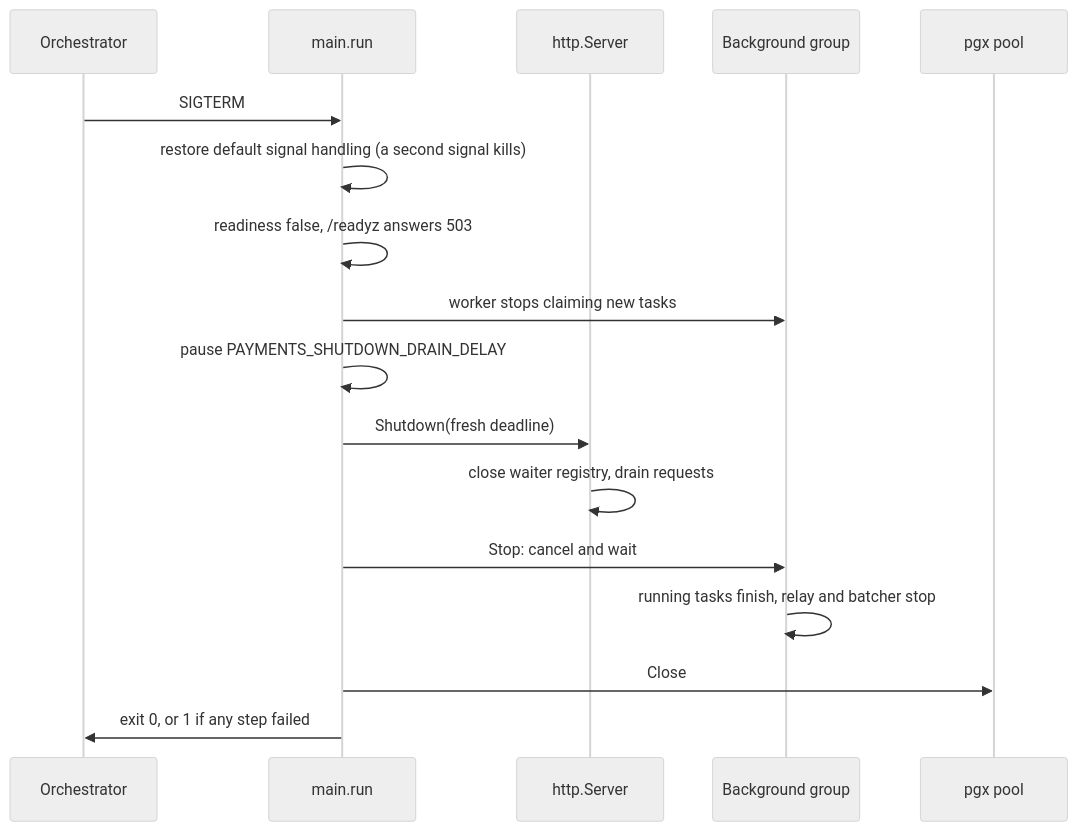
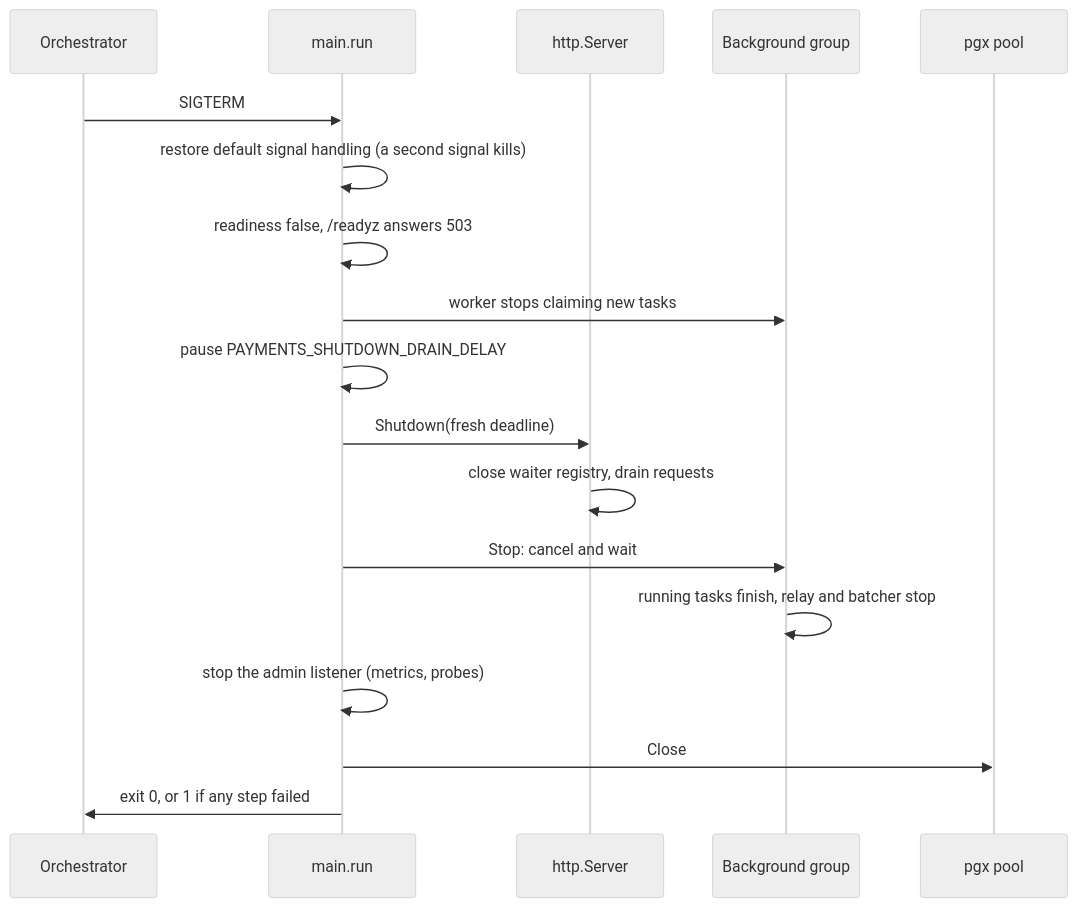
Before and after one commit to aleksbeloushkin-srb/go-payments-reference: the tenth of 10 diagrams in docs/ARCHITECTURE.md, drawn with Mermaid (neutral theme). The commit also changed other lines of this file and 8 other files, not shown here.

````diff
--- a/docs/ARCHITECTURE.md
+++ b/docs/ARCHITECTURE.md
@@ -324,19 +330,20 @@
 ```mermaid
 sequenceDiagram
     participant OS as Orchestrator
     participant M as main.run
     participant H as http.Server
     participant G as Background group
     participant P as pgx pool
     OS->>M: SIGTERM
     M->>M: restore default signal handling (a second signal kills)
     M->>M: readiness false, /readyz answers 503
     M->>G: worker stops claiming new tasks
     M->>M: pause PAYMENTS_SHUTDOWN_DRAIN_DELAY
     M->>H: Shutdown(fresh deadline)
     H->>H: close waiter registry, drain requests
     M->>G: Stop: cancel and wait
     G->>G: running tasks finish, relay and batcher stop
+    M->>M: stop the admin listener (metrics, probes)
     M->>P: Close
     M->>OS: exit 0, or 1 if any step failed
 ```
````
